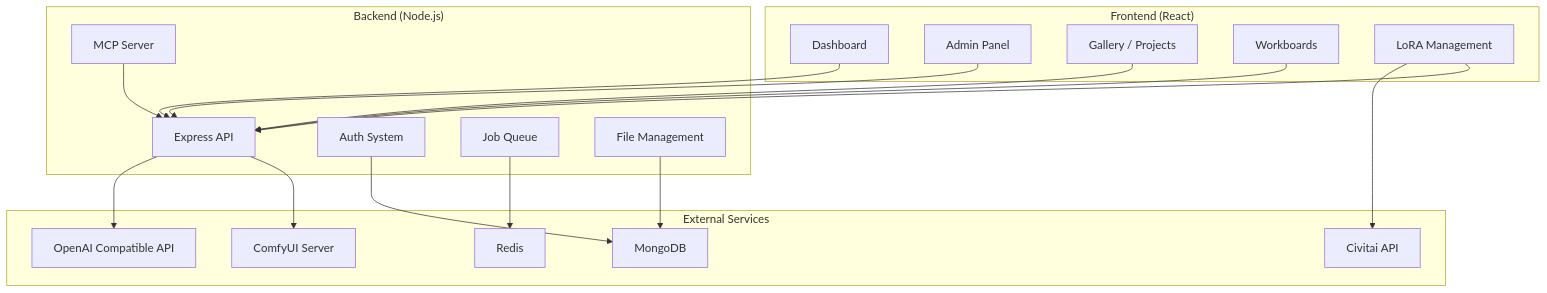
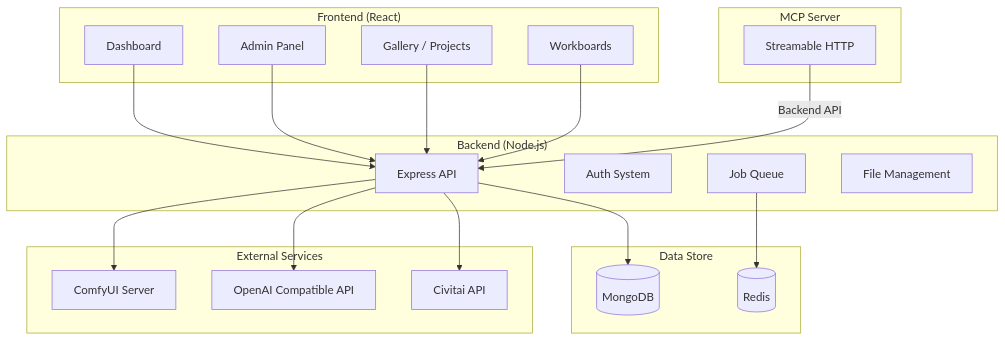
The diagram in README.md (iceemperor-gcempire/vcc-manager), drawn with Mermaid before and after one commit.

Commit message:
docs: 시스템 아키텍처 다이어그램 MCP Server 별도 그룹 분리
- MCP Server를 Backend 내부에서 독립 그룹으로 분리
- Data Store(MongoDB, Redis)를 External Services에서 분리
- 실제 서비스 간 연결 관계 정리

````diff
--- a/README.md
+++ b/README.md
@@ -92,40 +92,44 @@
 ```mermaid
 graph TB
     subgraph "Frontend (React)"
         A[Dashboard]
         B[Admin Panel]
         C[Gallery / Projects]
         D[Workboards]
-        E[LoRA Management]
     end
 
     subgraph "Backend (Node.js)"
-        F[Express API]
-        G[Auth System]
-        H[Job Queue]
-        I[File Management]
-        J[MCP Server]
+        E[Express API]
+        F[Auth System]
+        G[Job Queue]
+        H[File Management]
+    end
+
+    subgraph "MCP Server"
+        I[Streamable HTTP]
+    end
+
+    subgraph "Data Store"
+        J[(MongoDB)]
+        K[(Redis)]
     end
 
     subgraph "External Services"
-        K[ComfyUI Server]
-        L[OpenAI Compatible API]
-        M[MongoDB]
-        N[Redis]
-        O[Civitai API]
+        L[ComfyUI Server]
+        M[OpenAI Compatible API]
+        N[Civitai API]
     end
 
-    A --> F
-    B --> F
-    C --> F
-    D --> F
-    E --> F
+    A --> E
+    B --> E
+    C --> E
+    D --> E
 
-    F --> K
-    F --> L
-    G --> M
-    H --> N
-    I --> M
-    J --> F
-    E --> O
+    E --> J
+    E --> L
+    E --> M
+    E --> N
+    G --> K
+
+    I -->|Backend API| E
 ```
````
